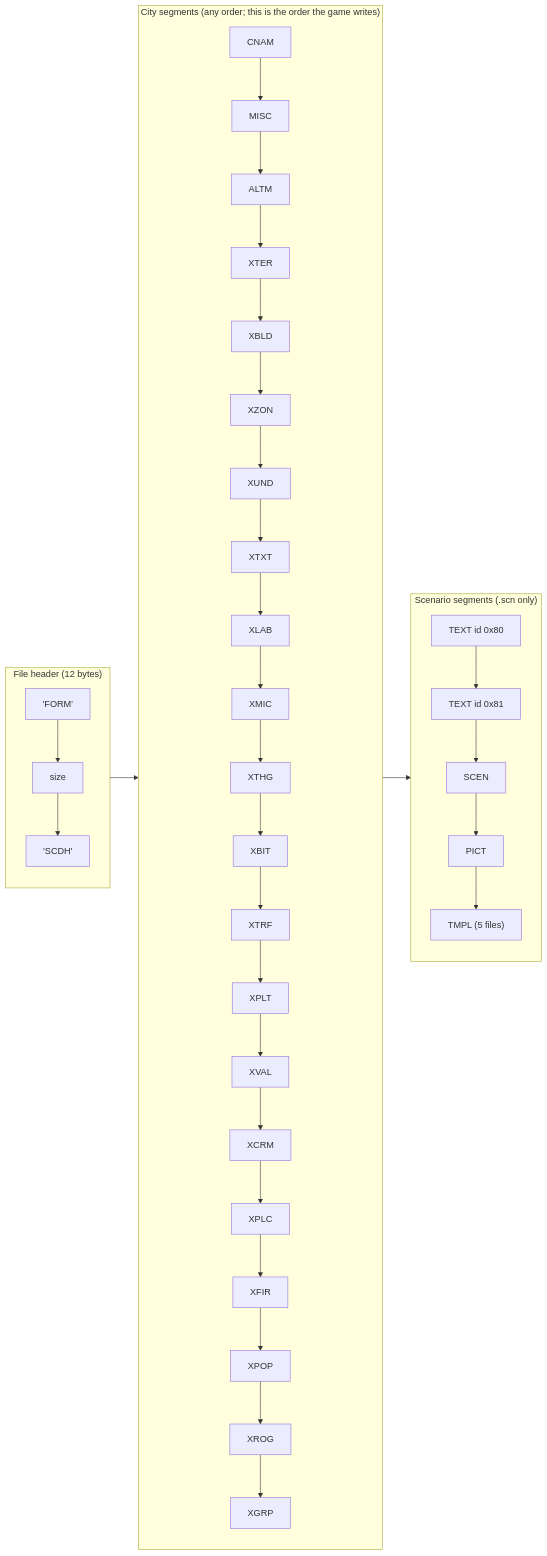
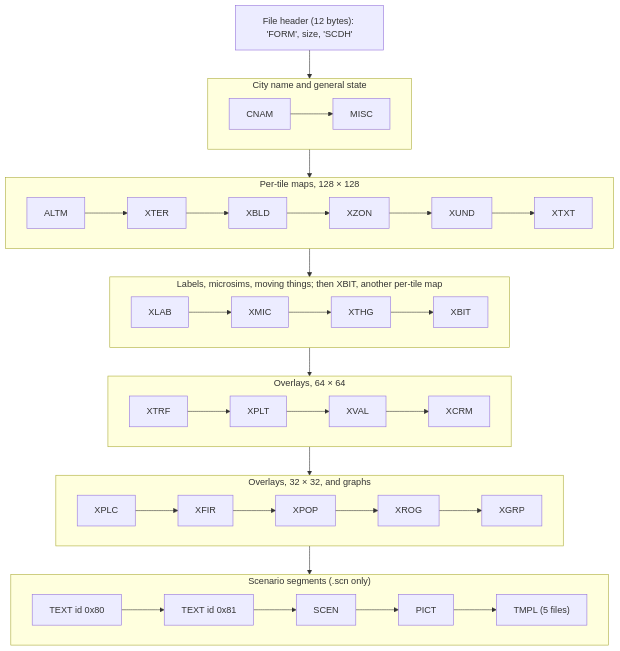
Before and after one commit to jgosar/mine-city-2000: the first of 2 diagrams in docs/sc2-format/overview.md, drawn with Mermaid. The commit also changed other lines of this file and 21 other files, not shown here.

````diff
--- a/docs/sc2-format/overview.md
+++ b/docs/sc2-format/overview.md
@@ -9,13 +11,29 @@
 ```mermaid
-flowchart LR
-    subgraph hdr["File header (12 bytes)"]
-        F["'FORM'"] --> S["size"] --> T["'SCDH'"]
+flowchart TB
+    hdr["File header (12 bytes): 'FORM', size, 'SCDH'"]
+    subgraph g1["City name and general state"]
+        direction LR
+        CNAM --> MISC
     end
-    subgraph city["City segments (any order; this is the order the game writes)"]
-        CNAM --> MISC --> ALTM --> XTER --> XBLD --> XZON --> XUND --> XTXT --> XLAB --> XMIC --> XTHG --> XBIT --> XTRF --> XPLT --> XVAL --> XCRM --> XPLC --> XFIR --> XPOP --> XROG --> XGRP
+    subgraph g2["Per-tile maps, 128 × 128"]
+        direction LR
+        ALTM --> XTER --> XBLD --> XZON --> XUND --> XTXT
     end
-    subgraph scn["Scenario segments (.scn only)"]
+    subgraph g3["Labels, microsims, moving things; then XBIT, another per-tile map"]
+        direction LR
+        XLAB --> XMIC --> XTHG --> XBIT
+    end
+    subgraph g4["Overlays, 64 × 64"]
+        direction LR
+        XTRF --> XPLT --> XVAL --> XCRM
+    end
+    subgraph g5["Overlays, 32 × 32, and graphs"]
+        direction LR
+        XPLC --> XFIR --> XPOP --> XROG --> XGRP
+    end
+    subgraph g6["Scenario segments (.scn only)"]
+        direction LR
         TEXT1["TEXT id 0x80"] --> TEXT2["TEXT id 0x81"] --> SCEN --> PICT --> TMPL["TMPL (5 files)"]
     end
-    hdr --> city --> scn
+    hdr --> g1 --> g2 --> g3 --> g4 --> g5 --> g6
 ```
````
